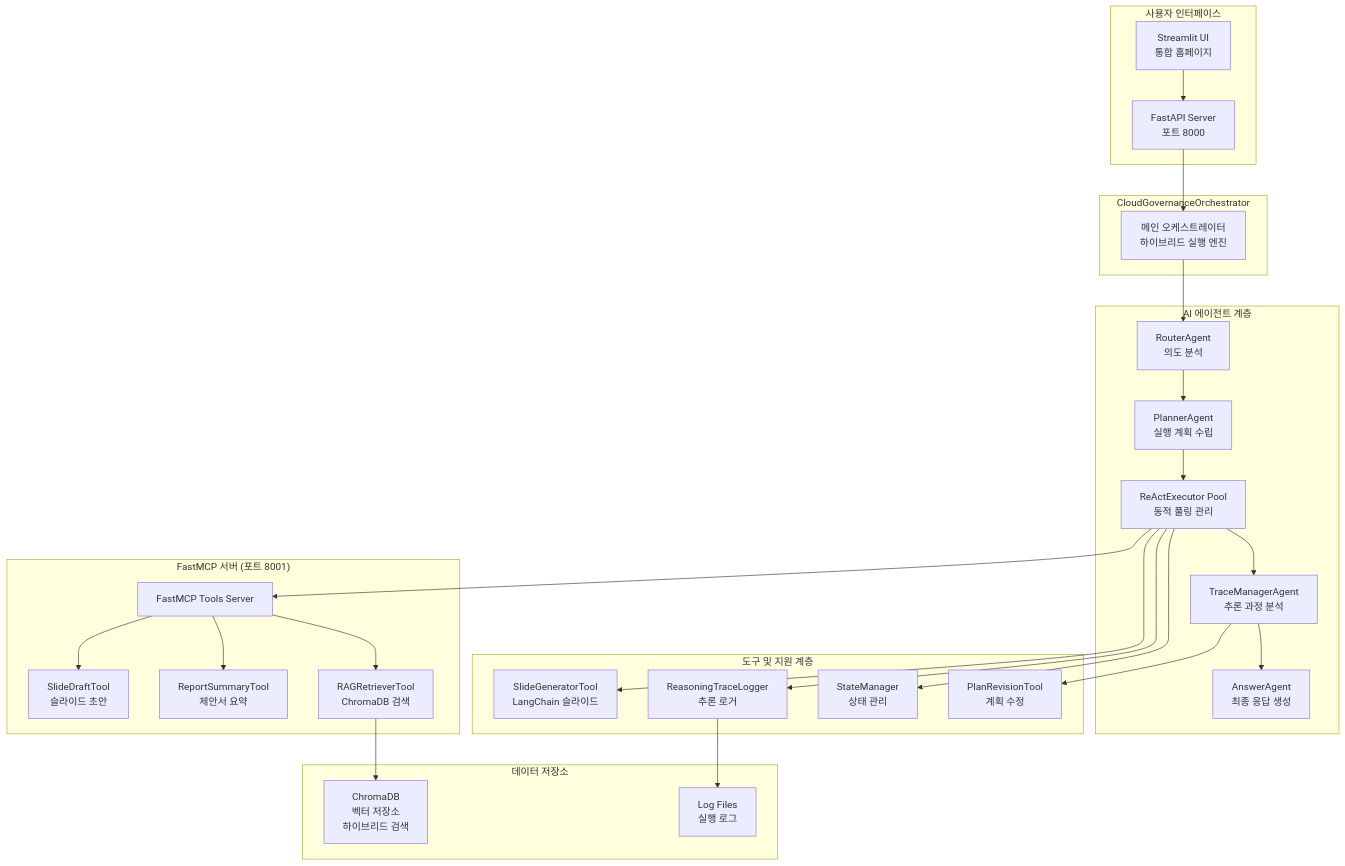
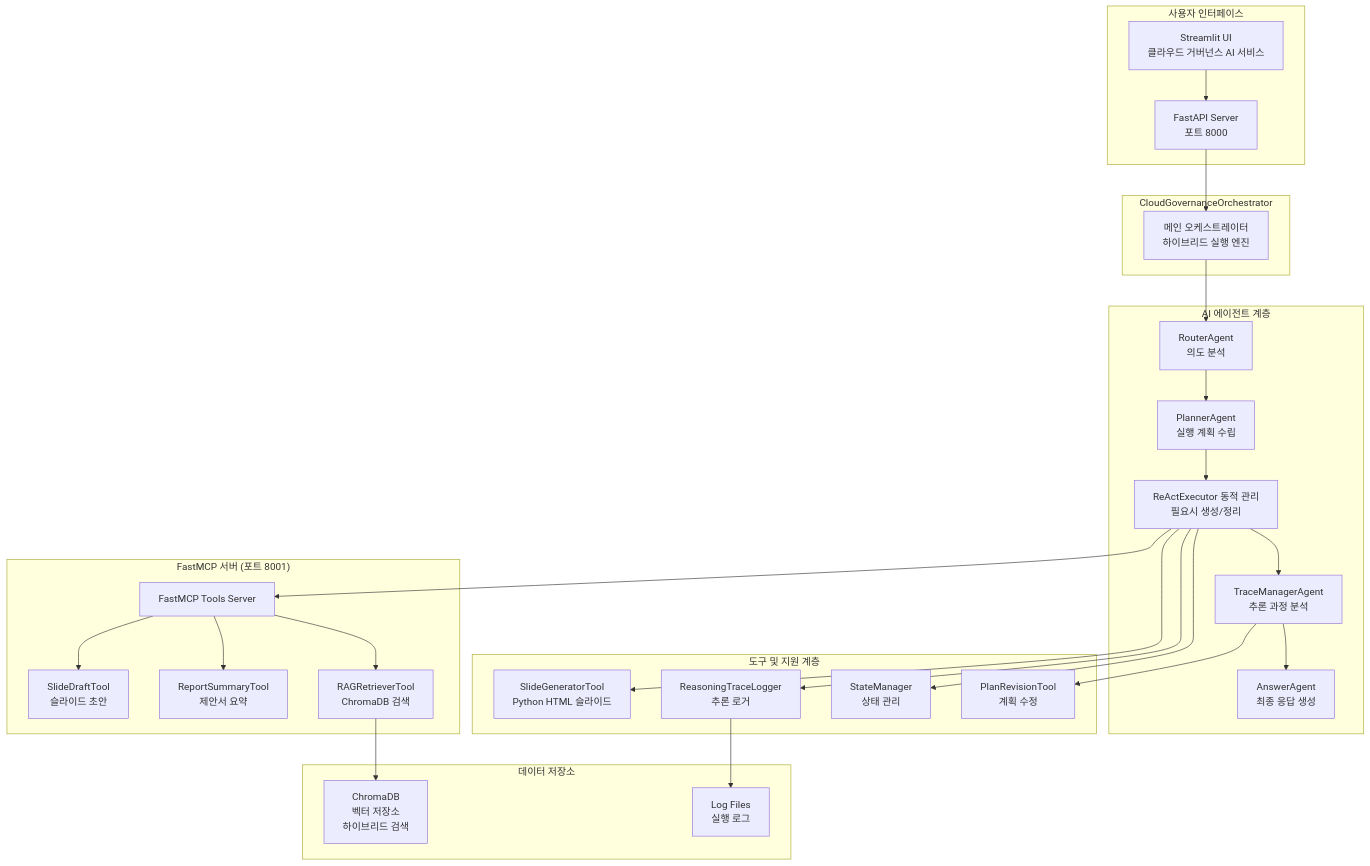
The first of 3 diagrams in README.md (Qulip/CloudRegiX), drawn with Mermaid before and after one commit. The commit also changed other lines of this file and 2 other files, not shown here.

````diff
--- a/README.md
+++ b/README.md
@@ -98,60 +98,60 @@
 ```mermaid
 graph TB
     subgraph "사용자 인터페이스"
-        UI[Streamlit UI<br/>통합 홈페이지]
+        UI[Streamlit UI<br/>클라우드 거버넌스 AI 서비스]
         API[FastAPI Server<br/>포트 8000]
     end
 
     subgraph "CloudGovernanceOrchestrator"
         Orchestrator[메인 오케스트레이터<br/>하이브리드 실행 엔진]
     end
 
     subgraph "AI 에이전트 계층"
         Router[RouterAgent<br/>의도 분석]
         Planner[PlannerAgent<br/>실행 계획 수립]
-        ExecutorPool[ReActExecutor Pool<br/>동적 풀링 관리]
+        ExecutorMgr[ReActExecutor 동적 관리<br/>필요시 생성/정리]
         TraceManager[TraceManagerAgent<br/>추론 과정 분석]
         Answer[AnswerAgent<br/>최종 응답 생성]
     end
 
     subgraph "도구 및 지원 계층"
         StateManager[StateManager<br/>상태 관리]
         TraceLogger[ReasoningTraceLogger<br/>추론 로거]
         PlanRevision[PlanRevisionTool<br/>계획 수정]
-        SlideGen[SlideGeneratorTool<br/>LangChain 슬라이드]
+        SlideGen[SlideGeneratorTool<br/>Python HTML 슬라이드]
     end
 
     subgraph "FastMCP 서버 (포트 8001)"
         MCP[FastMCP Tools Server]
         RAGTool[RAGRetrieverTool<br/>ChromaDB 검색]
         ReportTool[ReportSummaryTool<br/>제안서 요약]
         SlideDraft[SlideDraftTool<br/>슬라이드 초안]
     end
 
     subgraph "데이터 저장소"
         ChromaDB[ChromaDB<br/>벡터 저장소<br/>하이브리드 검색]
         LogFiles[Log Files<br/>실행 로그]
     end
 
     UI --> API
     API --> Orchestrator
 
     Orchestrator --> Router
     Router --> Planner
-    Planner --> ExecutorPool
-    ExecutorPool --> TraceManager
+    Planner --> ExecutorMgr
+    ExecutorMgr --> TraceManager
     TraceManager --> Answer
 
-    ExecutorPool --> StateManager
-    ExecutorPool --> TraceLogger
-    ExecutorPool --> SlideGen
+    ExecutorMgr --> StateManager
+    ExecutorMgr --> TraceLogger
+    ExecutorMgr --> SlideGen
     TraceManager --> PlanRevision
 
-    ExecutorPool --> MCP
+    ExecutorMgr --> MCP
     MCP --> RAGTool
     MCP --> ReportTool
     MCP --> SlideDraft
 
     RAGTool --> ChromaDB
     TraceLogger --> LogFiles
 ```
````
